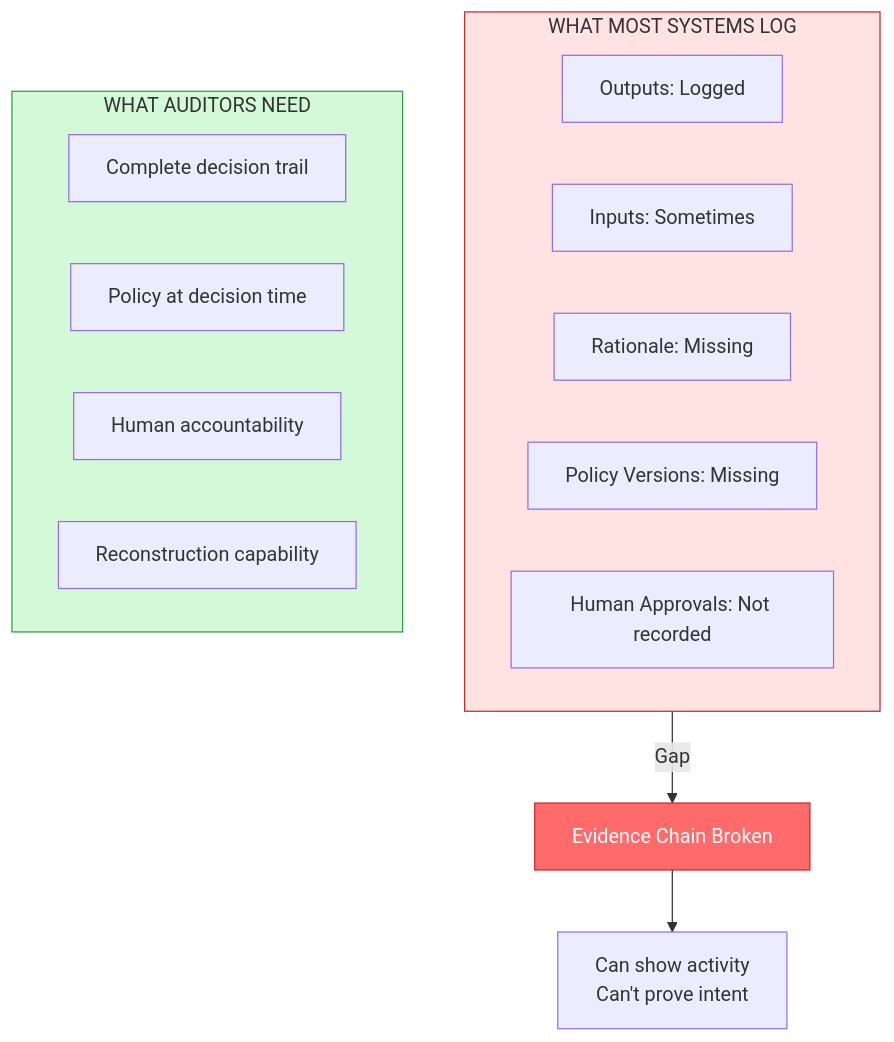
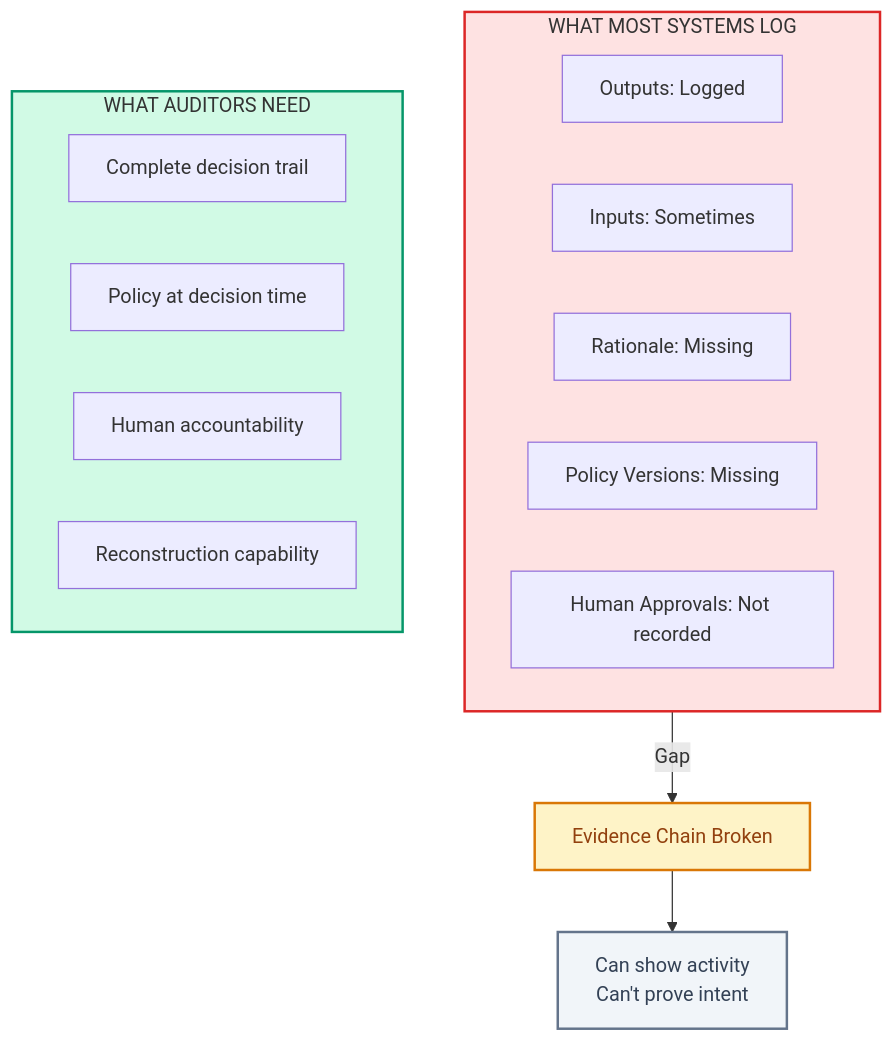
Before and after one commit to whoisrade/agentic-field-manual: the diagram in 01-failure-modes/auditability-gap.md, drawn with Mermaid. The commit also changed 18 other files, not shown here.

Commit message:
refine mermaid diagrams with enterprise color palette

````diff
--- a/01-failure-modes/auditability-gap.md
+++ b/01-failure-modes/auditability-gap.md
@@ -25,24 +25,25 @@
 ```mermaid
 flowchart TB
     subgraph Current["WHAT MOST SYSTEMS LOG"]
         O["Outputs: Logged"]
         I["Inputs: Sometimes"]
         R["Rationale: Missing"]
         P["Policy Versions: Missing"]
         H["Human Approvals: Not recorded"]
     end
     
     subgraph Needed["WHAT AUDITORS NEED"]
         N1["Complete decision trail"]
         N2["Policy at decision time"]
         N3["Human accountability"]
         N4["Reconstruction capability"]
     end
     
-    Current -->|"Gap"| Gap[Evidence Chain Broken]
+    Current -->|"Gap"| Gap["Evidence Chain Broken"]
     Gap --> Consequence["Can show activity<br/>Can't prove intent"]
     
-    style Current fill:#ffe3e3,stroke:#c92a2a
-    style Needed fill:#d3f9d8,stroke:#2f9e44
-    style Gap fill:#ff6b6b,stroke:#c92a2a,color:#fff
+    style Current fill:#fee2e2,stroke:#dc2626,stroke-width:2px
+    style Needed fill:#d1fae5,stroke:#059669,stroke-width:2px
+    style Gap fill:#fef3c7,stroke:#d97706,stroke-width:2px,color:#92400e
+    style Consequence fill:#f1f5f9,stroke:#64748b,stroke-width:2px,color:#334155
 ```
````
